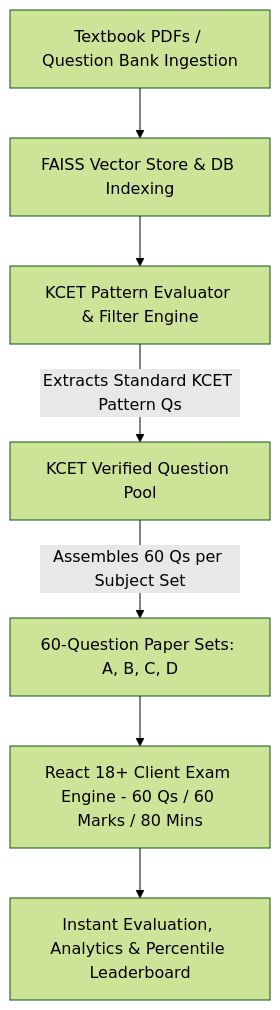
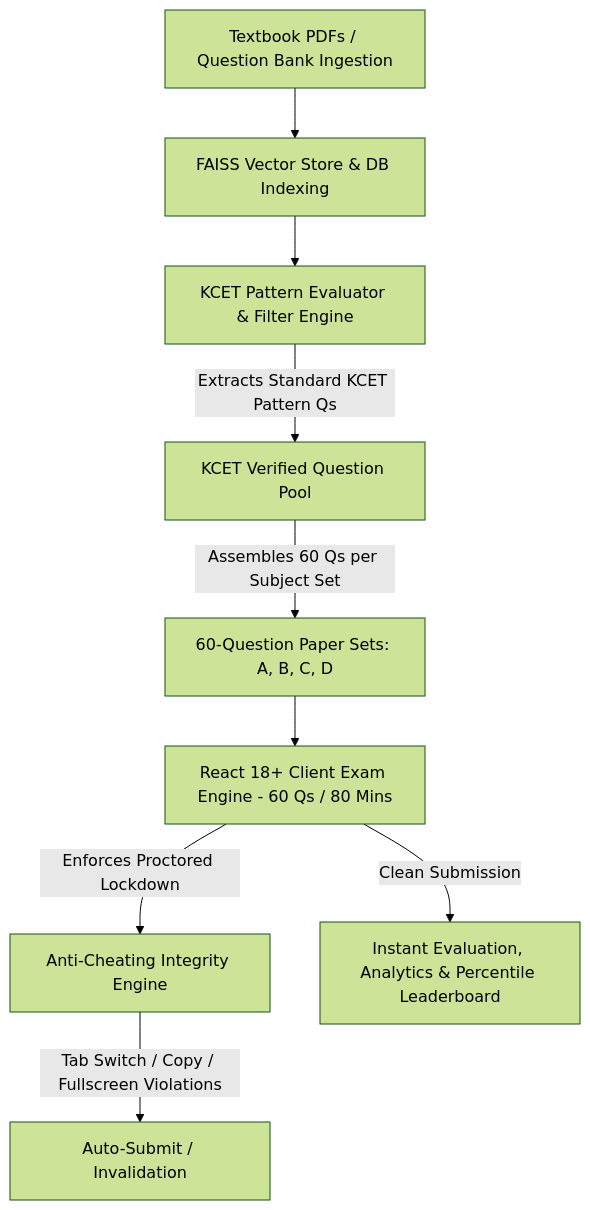
Before and after one commit to shrija28/Mr.E: the diagram in doc.md, drawn with Mermaid (forest theme). The commit also changed other lines of this file and 1 other file, not shown here.

Commit message:
Add Anti-Cheating & Exam Integrity System (FR-3) to PRD and README

````diff
--- a/doc.md
+++ b/doc.md
@@ -36,9 +36,11 @@
 ```mermaid
 graph TD
     A[Textbook PDFs / Question Bank Ingestion] --> B[FAISS Vector Store & DB Indexing]
     B --> C[KCET Pattern Evaluator & Filter Engine]
     C -->|Extracts Standard KCET Pattern Qs| D[KCET Verified Question Pool]
     D -->|Assembles 60 Qs per Subject Set| E[60-Question Paper Sets: A, B, C, D]
-    E --> F[React 18+ Client Exam Engine - 60 Qs / 60 Marks / 80 Mins]
-    F --> G[Instant Evaluation, Analytics & Percentile Leaderboard]
+    E --> F[React 18+ Client Exam Engine - 60 Qs / 80 Mins]
+    F -->|Enforces Proctored Lockdown| H[Anti-Cheating Integrity Engine]
+    H -->|Tab Switch / Copy / Fullscreen Violations| I[Auto-Submit / Invalidation]
+    F -->|Clean Submission| G[Instant Evaluation, Analytics & Percentile Leaderboard]
 ```
````
